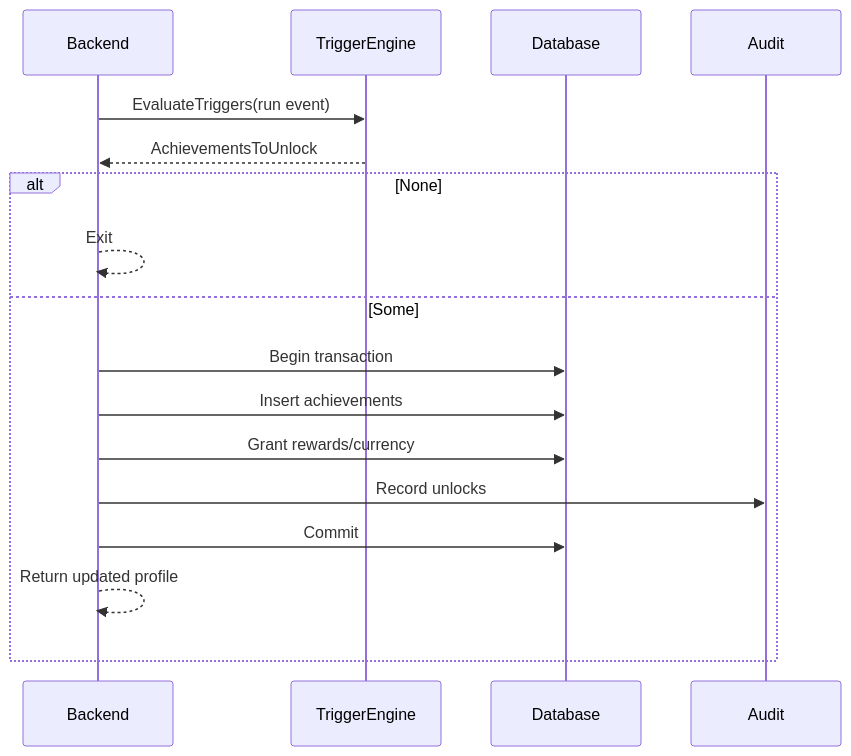
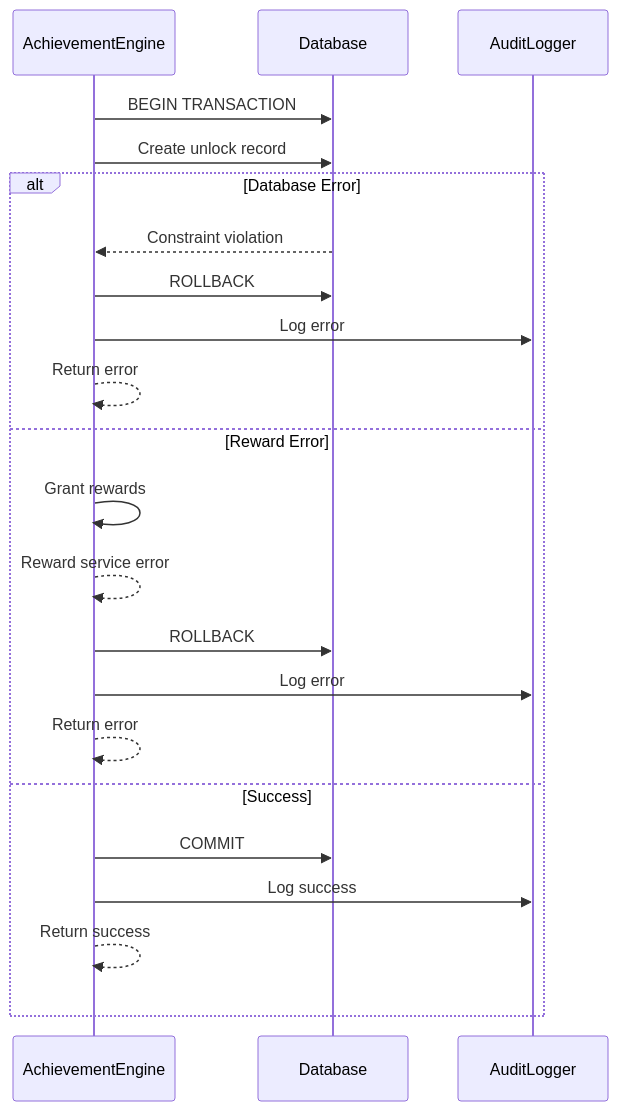
One commit to exatfrds67/umamusume-career-planner changed the second of 2 diagrams in docs/01-sequences/SEQ-013_Achievement_Unlock.md. Above: the diagram before and after it, drawn with Mermaid. The commit also changed other lines of this file and 67 other files, not shown here.

````diff
--- a/docs/01-sequences/SEQ-013_Achievement_Unlock.md
+++ b/docs/01-sequences/SEQ-013_Achievement_Unlock.md
@@ -27,20 +588,26 @@
 ```mermaid
 sequenceDiagram
-    participant API as Backend
-    participant TR as TriggerEngine
+    participant Engine as AchievementEngine
     participant DB as Database
-    participant LOG as Audit
-
-    API->>TR: EvaluateTriggers(run event)
-    TR-->>API: AchievementsToUnlock
-    alt None
-        API-->>API: Exit
-    else Some
-        API->>DB: Begin transaction
-        API->>DB: Insert achievements
-        API->>DB: Grant rewards/currency
-        API->>LOG: Record unlocks
-        API->>DB: Commit
-        API-->>API: Return updated profile
+    participant Audit as AuditLogger
+    
+    Engine->>DB: BEGIN TRANSACTION
+    Engine->>DB: Create unlock record
+    
+    alt Database Error
+        DB-->>Engine: Constraint violation
+        Engine->>DB: ROLLBACK
+        Engine->>Audit: Log error
+        Engine-->>Engine: Return error
+    else Reward Error
+        Engine->>Engine: Grant rewards
+        Engine-->>Engine: Reward service error
+        Engine->>DB: ROLLBACK
+        Engine->>Audit: Log error
+        Engine-->>Engine: Return error
+    else Success
+        Engine->>DB: COMMIT
+        Engine->>Audit: Log success
+        Engine-->>Engine: Return success
     end
 ```
````
